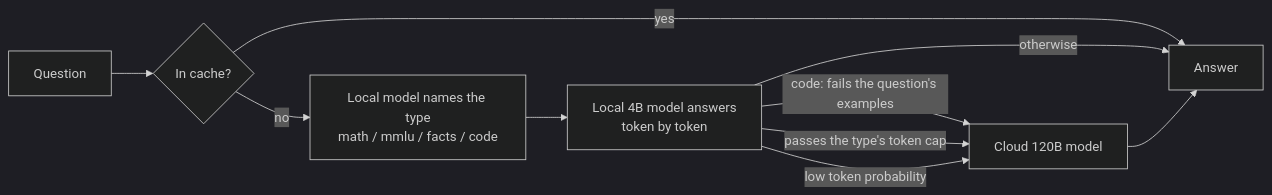
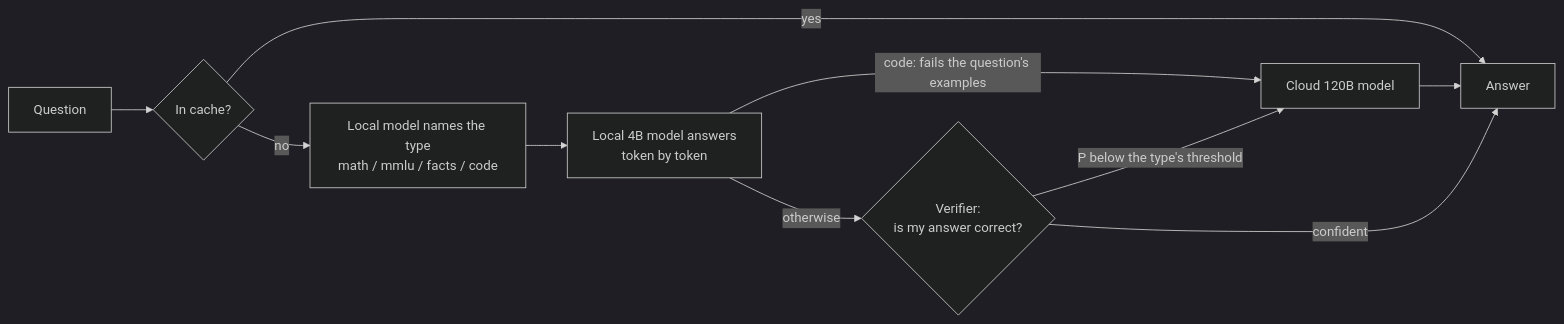
Before and after one commit to amarshiv1966-sys/local-first-router: the diagram in README.md, drawn with Mermaid (dark theme). The commit also changed other lines of this file and 12 other files, not shown here.

````diff
--- a/README.md
+++ b/README.md
@@ -81,12 +132,12 @@
 ```mermaid
 flowchart LR
     Q[Question] --> C{In cache?}
     C -- yes --> A[Answer]
     C -- no --> T[Local model names the type<br/>math / mmlu / facts / code]
     T --> L[Local 4B model answers<br/>token by token]
     L -- code: fails the question's examples --> H[Cloud 120B model]
-    L -- passes the type's token cap --> H
-    L -- low token probability --> H
-    L -- otherwise --> A
+    L -- otherwise --> V{Verifier:<br/>is my answer correct?}
+    V -- P below the type's threshold --> H
+    V -- confident --> A
     H --> A
 ```
````
